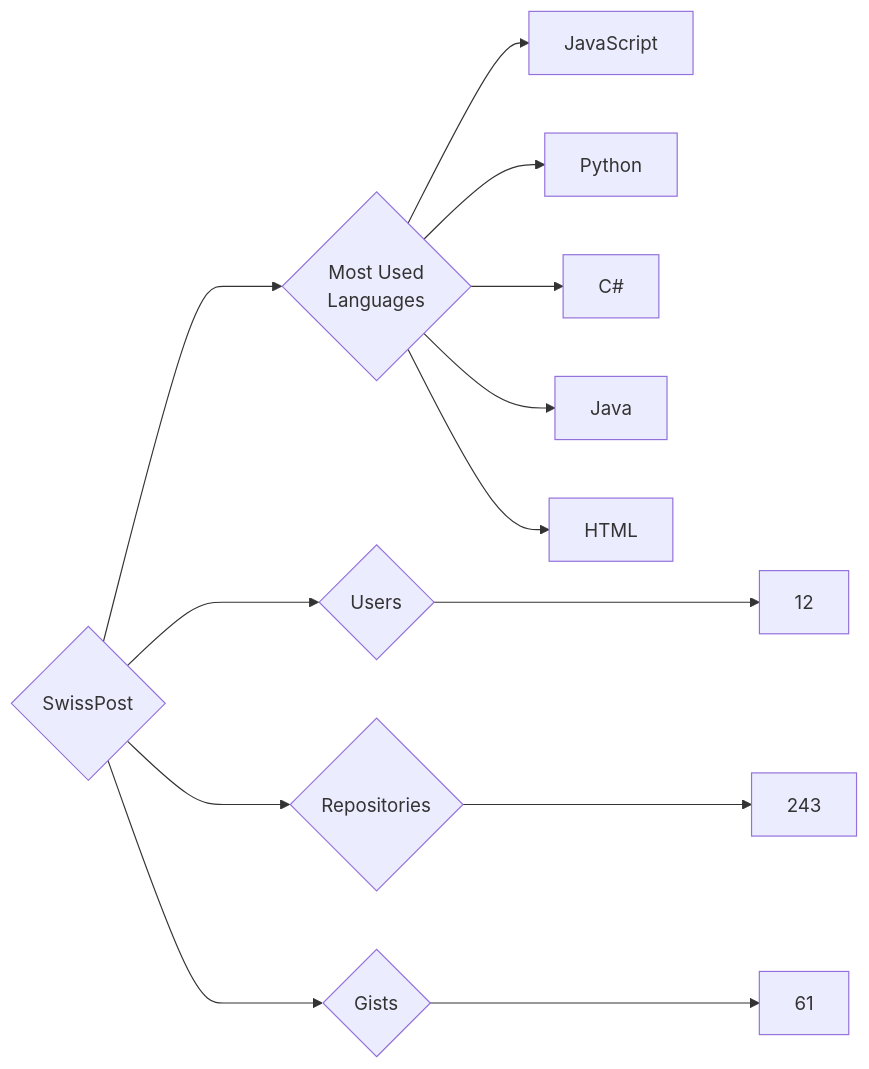
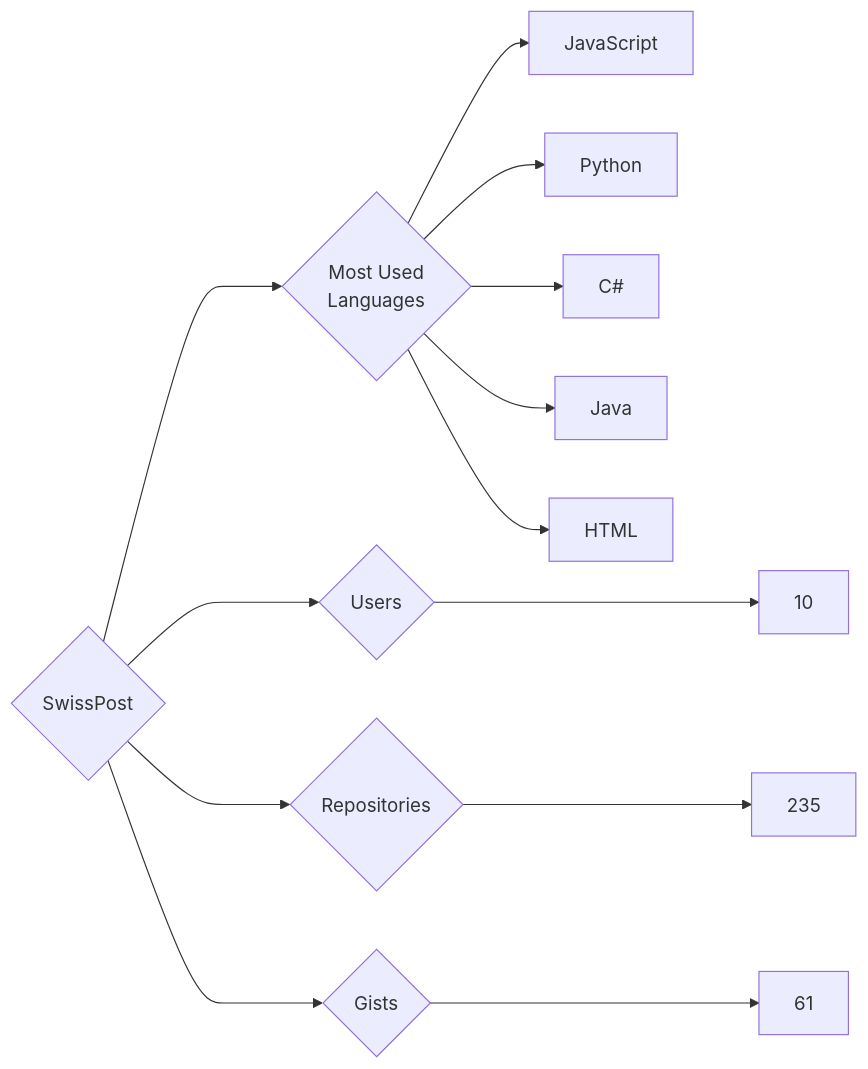
The diagram in targets/SwissPost/README.md (trickest/insiders), drawn with Mermaid before and after one commit. The commit also changed 976 other files, not shown here.

````diff
--- a/targets/SwissPost/README.md
+++ b/targets/SwissPost/README.md
@@ -3,13 +3,13 @@
 ```mermaid
 graph LR
 COMPANY_NAME{SwissPost}
-COMPANY_NAME ---> U{Users} ---> UN[12]
-COMPANY_NAME ---> R{Repositories} ---> RN[243]
+COMPANY_NAME ---> U{Users} ---> UN[10]
+COMPANY_NAME ---> R{Repositories} ---> RN[235]
 COMPANY_NAME ---> G{Gists} ---> GN[61]
 COMPANY_NAME ---> ML{Most Used<br>Languages}
 ML --> JavaScript[JavaScript]
 ML --> Python[Python]
 ML --> C#[C#]
 ML --> Java[Java]
 ML --> HTML[HTML]
 ```
````
